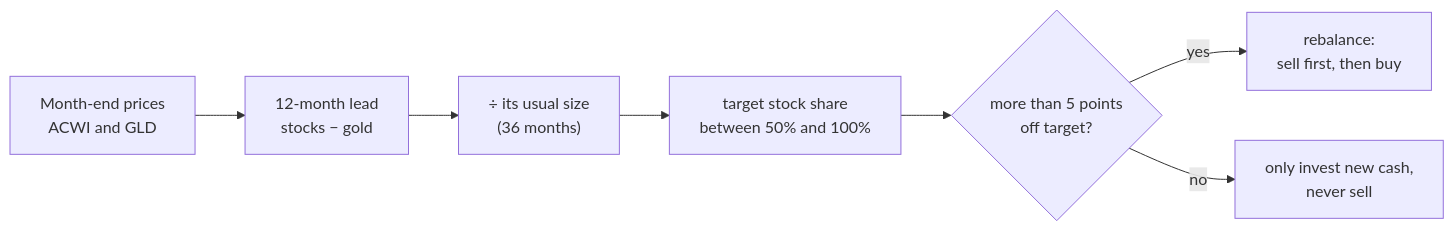
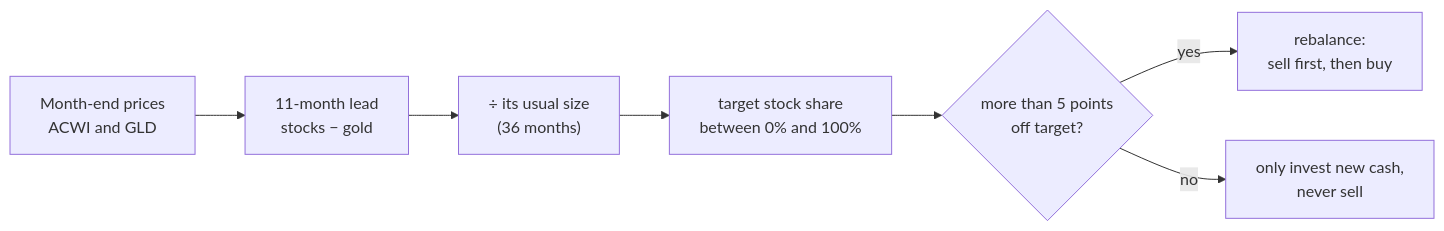
The diagram in README.md (LouisJouret/StocksAndGoldAllocator), drawn with Mermaid before and after one commit. The commit also changed other lines of this file and 11 other files, not shown here.

First line of the commit message:
Use an 11-month horizon and 0–100% stock limits; document how they were chosen

````diff
--- a/README.md
+++ b/README.md
@@ -78,9 +78,9 @@
 ```mermaid
 flowchart LR
-    A["Month-end prices<br/>ACWI and GLD"] --> B["12-month lead<br/>stocks − gold"]
+    A["Month-end prices<br/>ACWI and GLD"] --> B["11-month lead<br/>stocks − gold"]
     B --> C["÷ its usual size<br/>(36 months)"]
-    C --> D["target stock share<br/>between 50% and 100%"]
+    C --> D["target stock share<br/>between 0% and 100%"]
     D --> E{"more than 5 points<br/>off target?"}
     E -- yes --> F["rebalance:<br/>sell first, then buy"]
     E -- no --> G["only invest new cash,<br/>never sell"]
 ```
````
